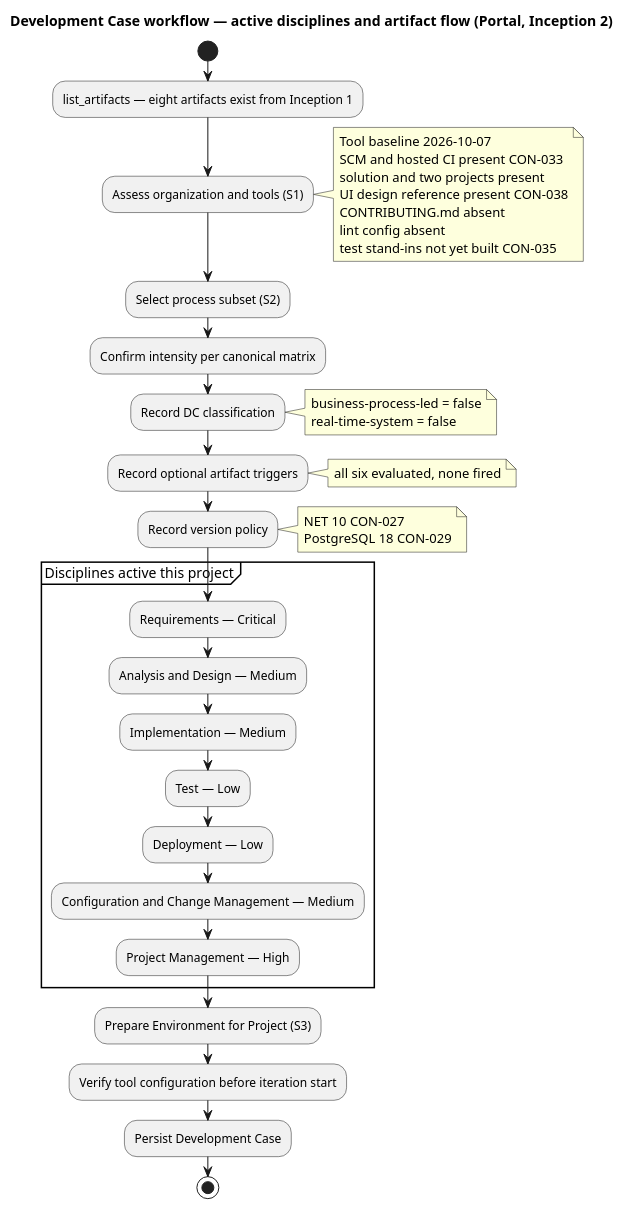
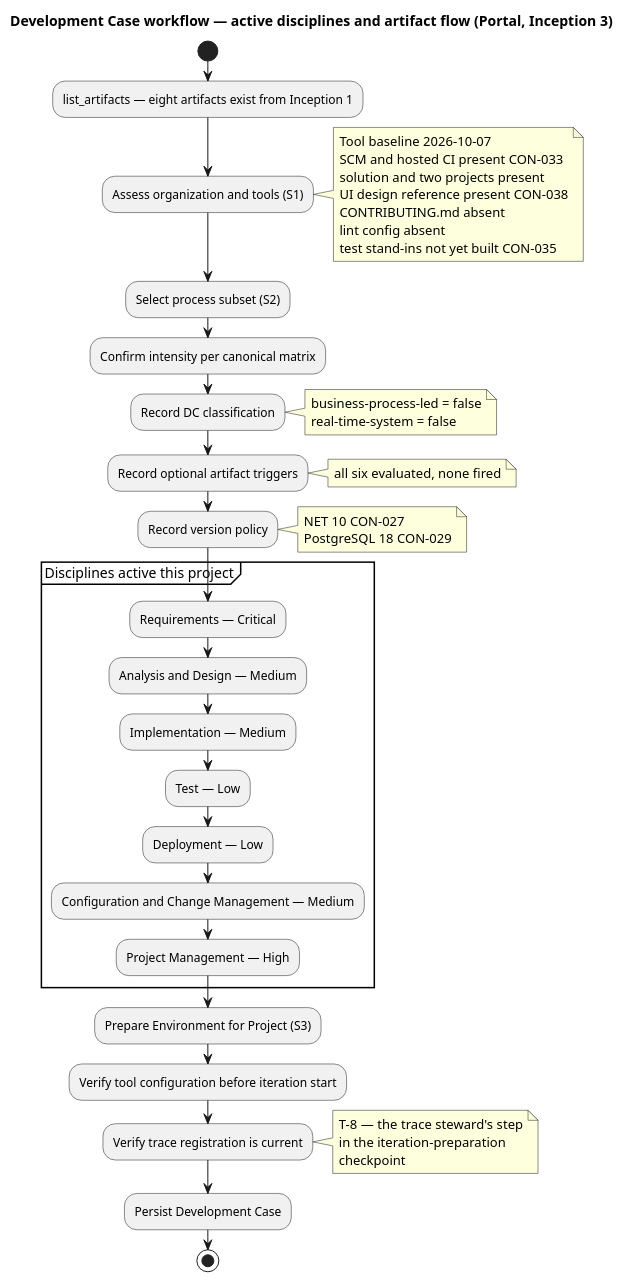
The second of 6 diagrams in docs/artifacts/environment/development-case.md (banense-test/portal), drawn with PlantUML before and after one commit. The commit also changed other lines of this file, not shown here.

First line of the commit message:
Process Engineer [I3]: upsert Development Case

````diff
--- a/docs/artifacts/environment/development-case.md
+++ b/docs/artifacts/environment/development-case.md
@@ -148,50 +155,56 @@
 ```plantuml
 @startuml
-title Development Case workflow — active disciplines and artifact flow (Portal, Inception 2)
+title Development Case workflow — active disciplines and artifact flow (Portal, Inception 3)
 
 start
 :list_artifacts — eight artifacts exist from Inception 1;
 :Assess organization and tools (S1);
 note right
   Tool baseline 2026-10-07
   SCM and hosted CI present CON-033
   solution and two projects present
   UI design reference present CON-038
   CONTRIBUTING.md absent
   lint config absent
   test stand-ins not yet built CON-035
 end note
 
 :Select process subset (S2);
 :Confirm intensity per canonical matrix;
 :Record DC classification;
 note right
   business-process-led = false
   real-time-system = false
 end note
 :Record optional artifact triggers;
 note right
   all six evaluated, none fired
 end note
 :Record version policy;
 note right
   NET 10 CON-027
   PostgreSQL 18 CON-029
 end note
 
 partition "Disciplines active this project" {
   :Requirements — Critical;
   :Analysis and Design — Medium;
   :Implementation — Medium;
   :Test — Low;
   :Deployment — Low;
   :Configuration and Change Management — Medium;
   :Project Management — High;
 }
 
 :Prepare Environment for Project (S3);
 :Verify tool configuration before iteration start;
+:Verify trace registration is current;
+note right
+  T-8 — the trace steward's step
+  in the iteration-preparation
+  checkpoint
+end note
 :Persist Development Case;
 stop
 @enduml
 ```
````
